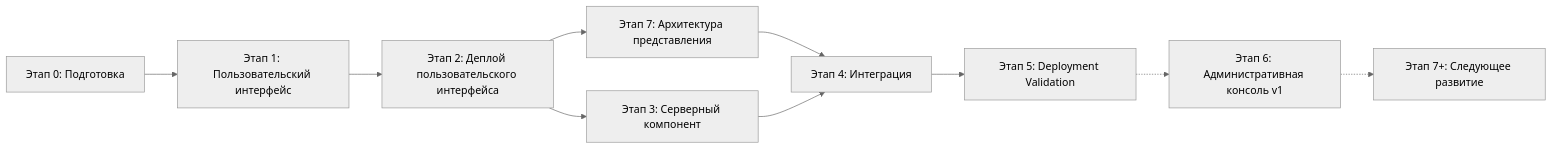
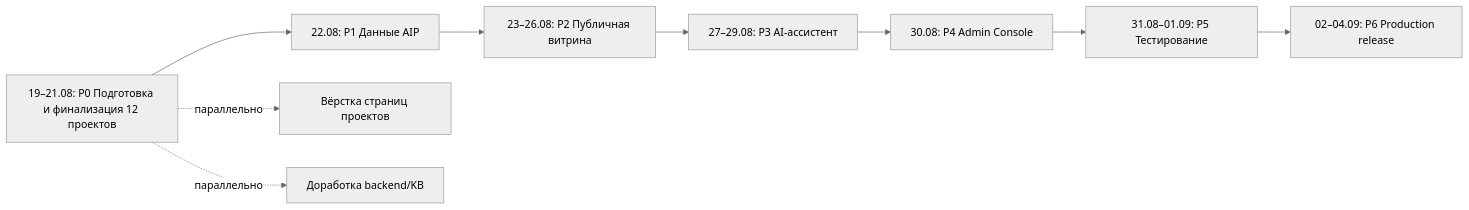
One commit to AlexLvGulyaev/AI-Portfolio changed the diagram in docs/IMPLEMENTATION_PLAN.md. Above: the diagram before and after it, drawn with Mermaid (neutral theme). The commit also changed other lines of this file and 37 other files, not shown here.

````diff
--- a/docs/IMPLEMENTATION_PLAN.md
+++ b/docs/IMPLEMENTATION_PLAN.md
@@ -55,12 +285,11 @@
 ```mermaid
 flowchart LR
-    E0[Этап 0: Подготовка] --> E1[Этап 1: Пользовательский интерфейс]
-    E1 --> E2[Этап 2: Деплой пользовательского интерфейса]
-    E2 --> E7[Этап 7: Архитектура представления]
-    E2 --> E3[Этап 3: Серверный компонент]
-    E7 --> E4[Этап 4: Интеграция]
-    E3 --> E4
-    E4 --> E5[Этап 5: Deployment Validation]
-    E5 -.-> E6[Этап 6: Административная консоль v1]
-    E6 -.-> E7B[Этап 7+: Следующее развитие]
+    P0[19–21.08: P0 Подготовка и финализация 12 проектов] --> P1[22.08: P1 Данные AIP]
+    P1 --> P2[23–26.08: P2 Публичная витрина]
+    P2 --> P3[27–29.08: P3 AI-ассистент]
+    P3 --> P4[30.08: P4 Admin Console]
+    P4 --> P5[31.08–01.09: P5 Тестирование]
+    P5 --> P6[02–04.09: P6 Production release]
+    P0 -.->|параллельно| P2A[Вёрстка страниц проектов]
+    P0 -.->|параллельно| P2B[Доработка backend/KB]
 ```
````
